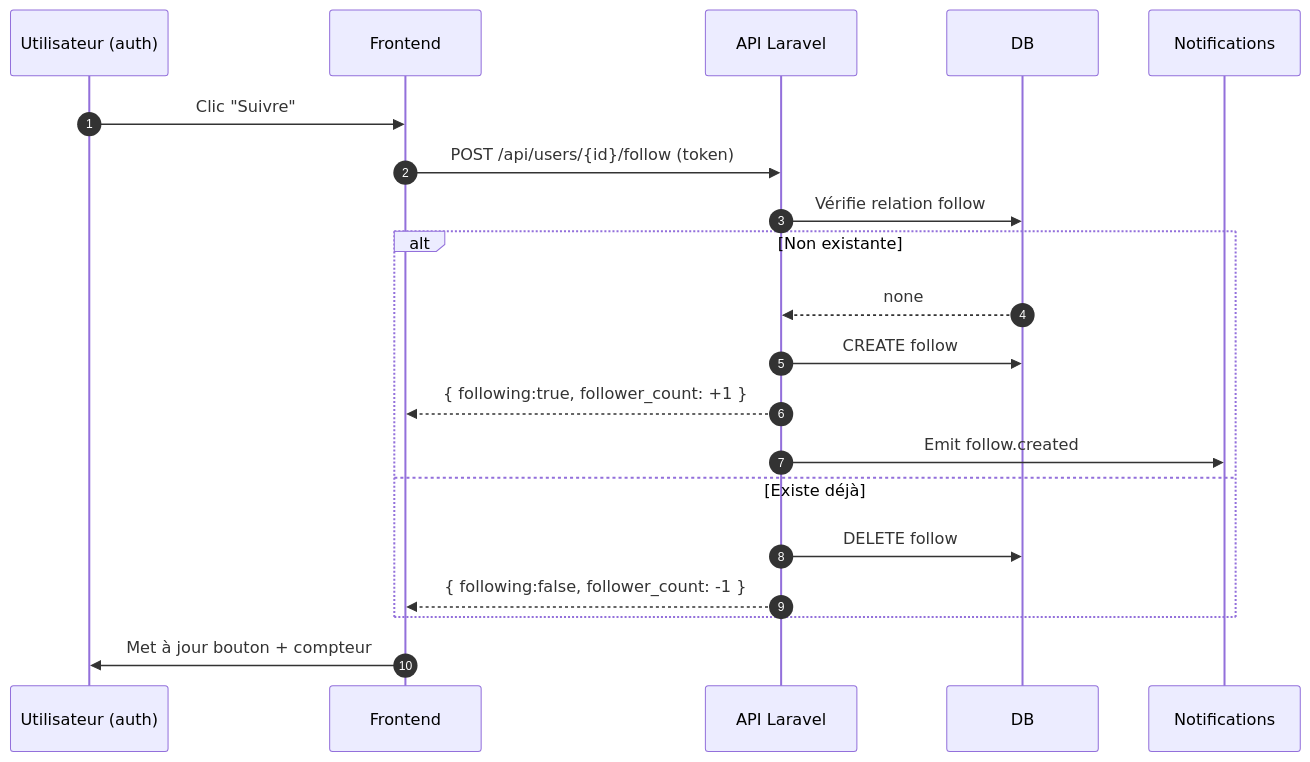
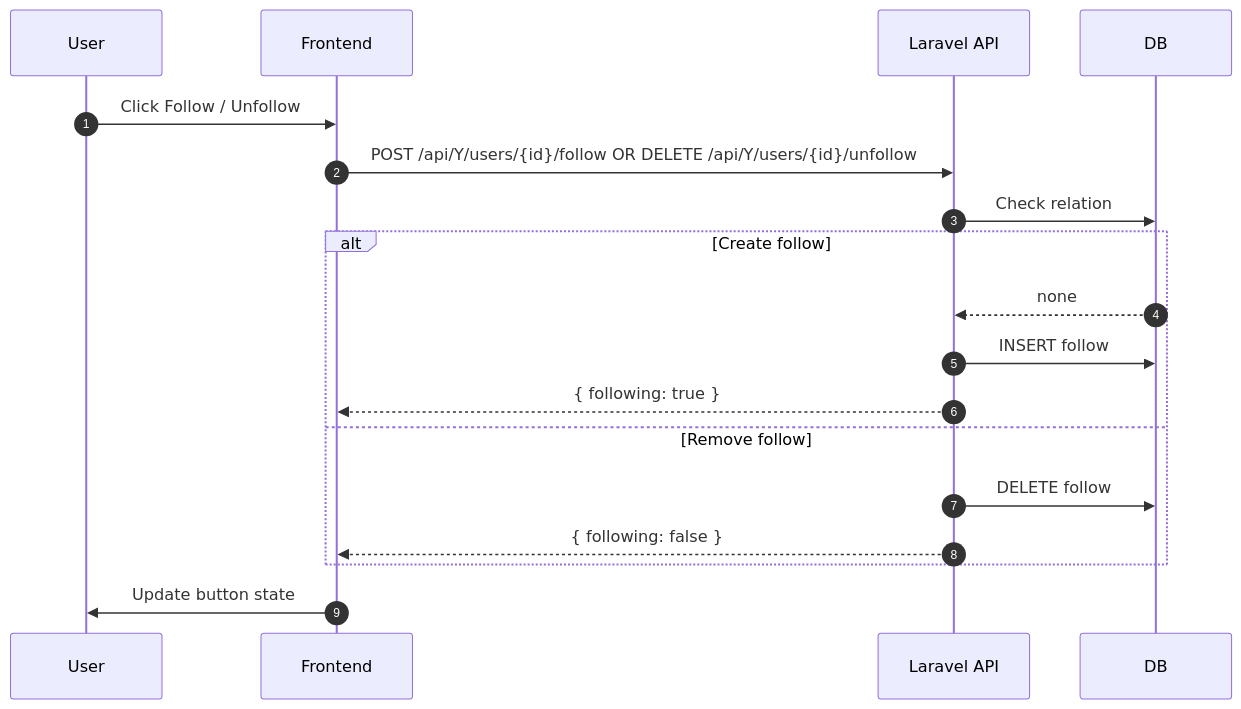
The diagram in diagrams/sequence_follow_toggle.mermaid (NeuralMobi-ltd/FanRadarUser), drawn with Mermaid before and after one commit. The commit also changed 85 other files, not shown here.

```diff
--- a/diagrams/sequence_follow_toggle.mermaid
+++ b/diagrams/sequence_follow_toggle.mermaid
@@ -1,22 +1,19 @@
-%% Sequence Diagram: Follow Toggle
+%% Simplified Follow Toggle Sequence
 sequenceDiagram
   autonumber
-  participant U as Utilisateur (auth)
+  participant U as User
   participant FE as Frontend
-  participant API as API Laravel
+  participant API as Laravel API
   participant DB as DB
-  participant NTF as Notifications
-
-  U->>FE: Clic "Suivre"
-  FE->>API: POST /api/users/{id}/follow (token)
-  API->>DB: Vérifie relation follow
-  alt Non existante
+  U->>FE: Click Follow / Unfollow
+  FE->>API: POST /api/Y/users/{id}/follow OR DELETE /api/Y/users/{id}/unfollow
+  API->>DB: Check relation
+  alt Create follow
     DB-->>API: none
-    API->>DB: CREATE follow
-    API-->>FE: { following:true, follower_count: +1 }
-    API->>NTF: Emit follow.created
-  else Existe déjà
+    API->>DB: INSERT follow
+    API-->>FE: { following: true }
+  else Remove follow
     API->>DB: DELETE follow
-    API-->>FE: { following:false, follower_count: -1 }
+    API-->>FE: { following: false }
   end
-  FE->>U: Met à jour bouton + compteur
+  FE->>U: Update button state
```
